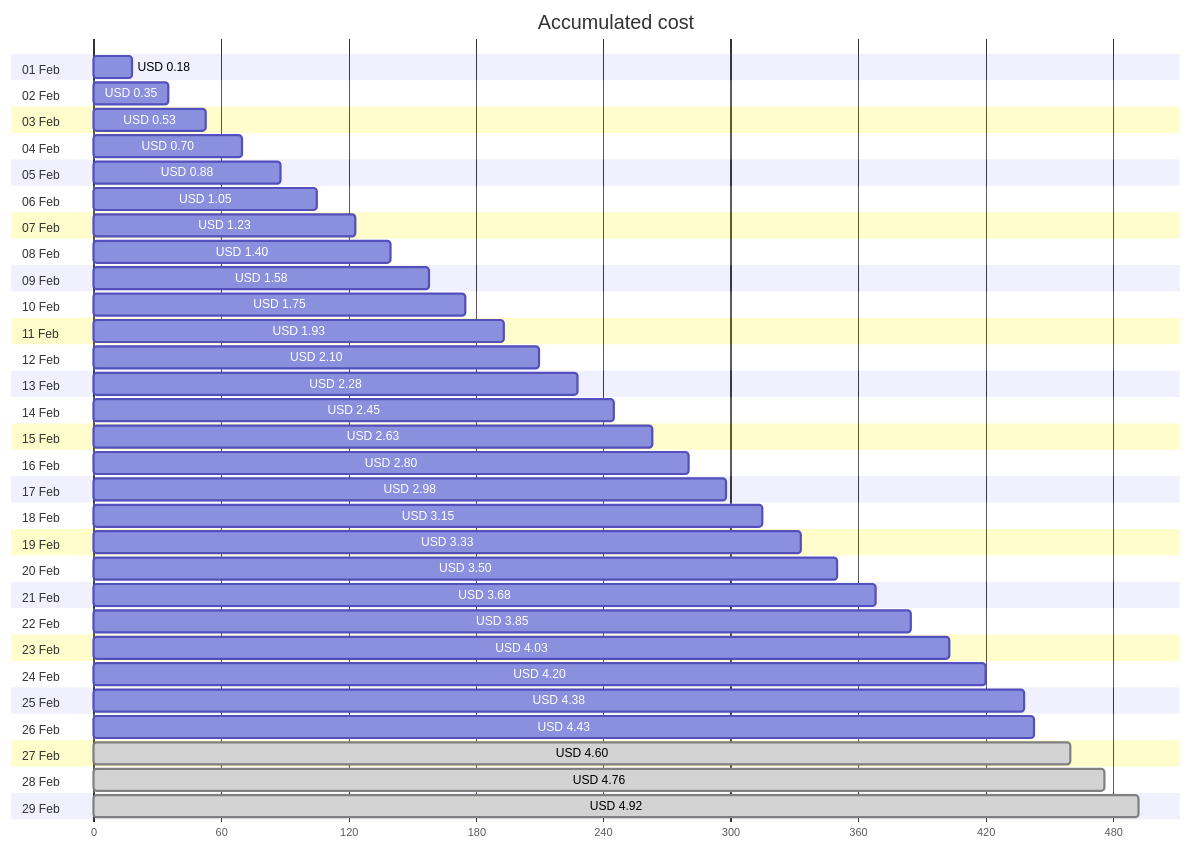
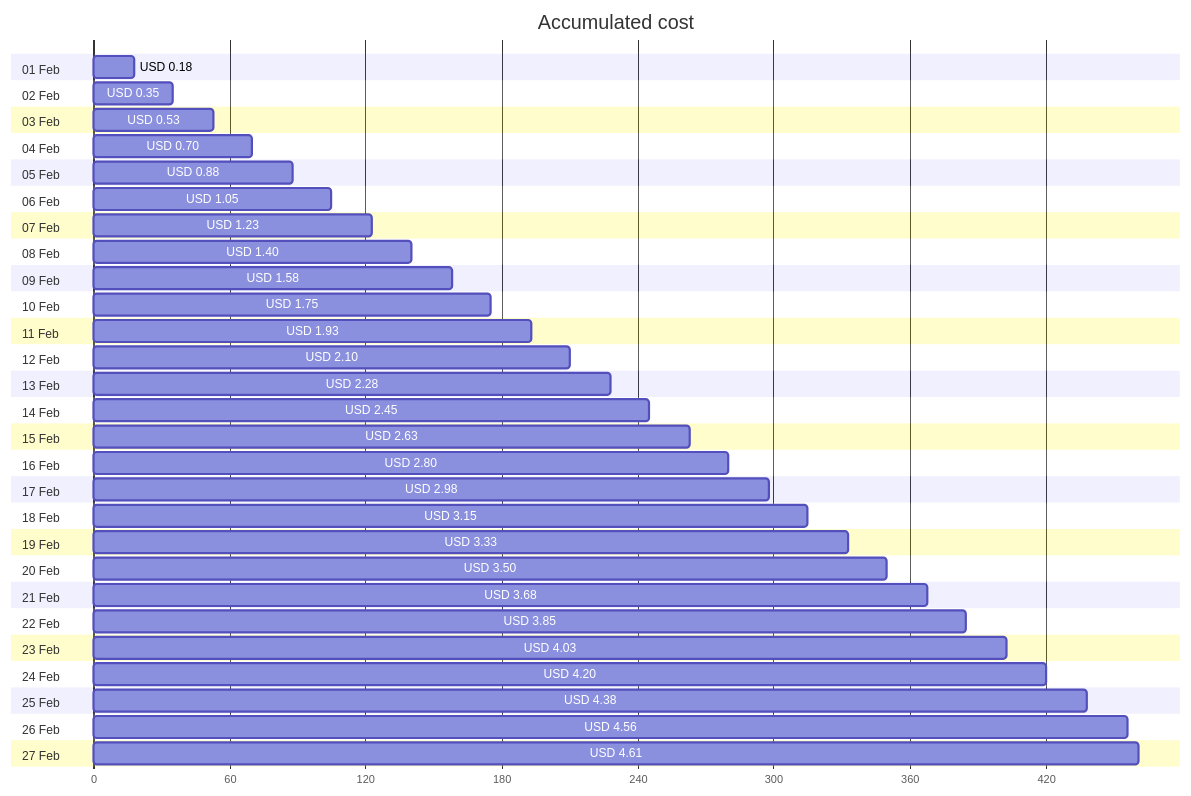
Before and after one commit to jpfulton/azure-personal-reports: the first of 4 diagrams in cost-reports/personal-network/backup-server.md, drawn with Mermaid. The commit also changed other lines of this file and 8 other files, not shown here.

````diff
--- a/cost-reports/personal-network/backup-server.md
+++ b/cost-reports/personal-network/backup-server.md
@@ -20,64 +20,60 @@
 ```mermaid
 gantt
    title Accumulated cost
    dateFormat  X
    axisFormat %s
    section 01 Feb
    USD 0.18 :0, 18
    section 02 Feb
    USD 0.35 :0, 35
    section 03 Feb
    USD 0.53 :0, 53
    section 04 Feb
    USD 0.70 :0, 70
    section 05 Feb
    USD 0.88 :0, 88
    section 06 Feb
    USD 1.05 :0, 105
    section 07 Feb
    USD 1.23 :0, 123
    section 08 Feb
    USD 1.40 :0, 140
    section 09 Feb
    USD 1.58 :0, 158
    section 10 Feb
    USD 1.75 :0, 175
    section 11 Feb
    USD 1.93 :0, 193
    section 12 Feb
    USD 2.10 :0, 210
    section 13 Feb
    USD 2.28 :0, 228
    section 14 Feb
    USD 2.45 :0, 245
    section 15 Feb
    USD 2.63 :0, 263
    section 16 Feb
    USD 2.80 :0, 280
    section 17 Feb
    USD 2.98 :0, 298
    section 18 Feb
    USD 3.15 :0, 315
    section 19 Feb
    USD 3.33 :0, 333
    section 20 Feb
    USD 3.50 :0, 350
    section 21 Feb
    USD 3.68 :0, 368
    section 22 Feb
    USD 3.85 :0, 385
    section 23 Feb
    USD 4.03 :0, 403
    section 24 Feb
    USD 4.20 :0, 420
    section 25 Feb
    USD 4.38 :0, 438
    section 26 Feb
-   USD 4.43 :0, 443
+   USD 4.56 :0, 456
    section 27 Feb
-   USD 4.60 : done, 0, 460
-   section 28 Feb
-   USD 4.76 : done, 0, 476
-   section 29 Feb
-   USD 4.92 : done, 0, 492
+   USD 4.61 :0, 461
 ```
````
